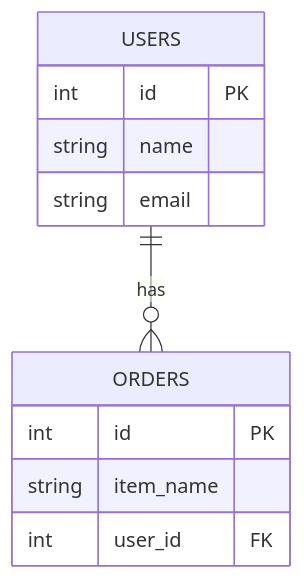
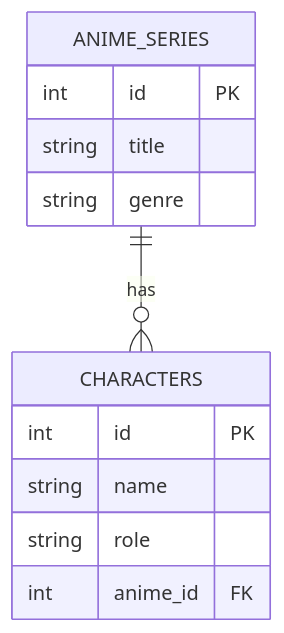
One commit to raflyrzp/backend-journey changed the diagram in 05-relational-database/README.md. Above: the diagram before and after it, drawn with Mermaid. The commit also changed other lines of this file, not shown here.

````diff
--- a/05-relational-database/README.md
+++ b/05-relational-database/README.md
@@ -38,14 +63,15 @@
 ```mermaid
 erDiagram
-    USERS ||--o{ ORDERS : has
-    USERS {
+    ANIME_SERIES ||--o{ CHARACTERS : has
+    ANIME_SERIES {
+        int id PK
+        string title
+        string genre
+    }
+    CHARACTERS {
         int id PK
         string name
-        string email
-    }
-    ORDERS {
-        int id PK
-        string item_name
-        int user_id FK
+        string role
+        int anime_id FK
     }
 ```
````
